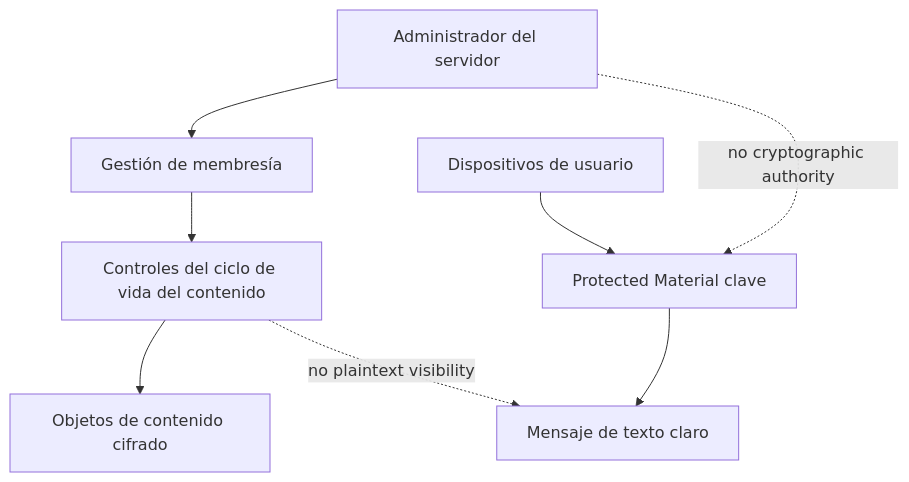
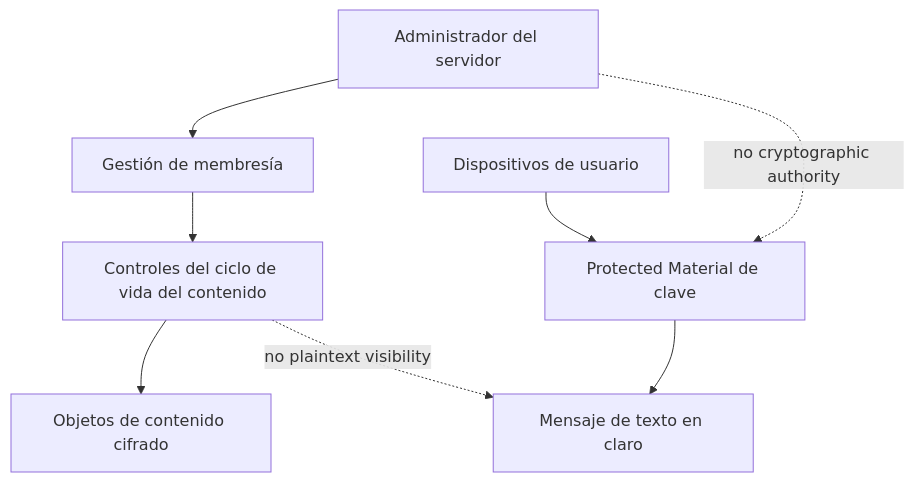
One commit to enigm-llc/docs changed the second of 2 diagrams in es/server/overview.mdx. Above: the diagram before and after it, drawn with Mermaid. The commit also changed other lines of this file and 41 other files, not shown here.

````diff
--- a/es/server/overview.mdx
+++ b/es/server/overview.mdx
@@ -333,17 +333,17 @@
 ```mermaid
 flowchart TD
   Admin["Administrador del servidor"]
   Membership["Gestión de membresía"]
   Lifecycle["Controles del ciclo de vida del contenido"]
   Objects["Objetos de contenido cifrado"]
 
   Devices["Dispositivos de usuario"]
-  Keys["Protected Material clave"]
-  Plaintext["Mensaje de texto claro"]
+  Keys["Protected Material de clave"]
+  Plaintext["Mensaje de texto en claro"]
 
   Admin --> Membership --> Lifecycle --> Objects
   Devices --> Keys --> Plaintext
 
   Lifecycle -. "no plaintext visibility" .-> Plaintext
   Admin -. "no cryptographic authority" .-> Keys
 ```
````
